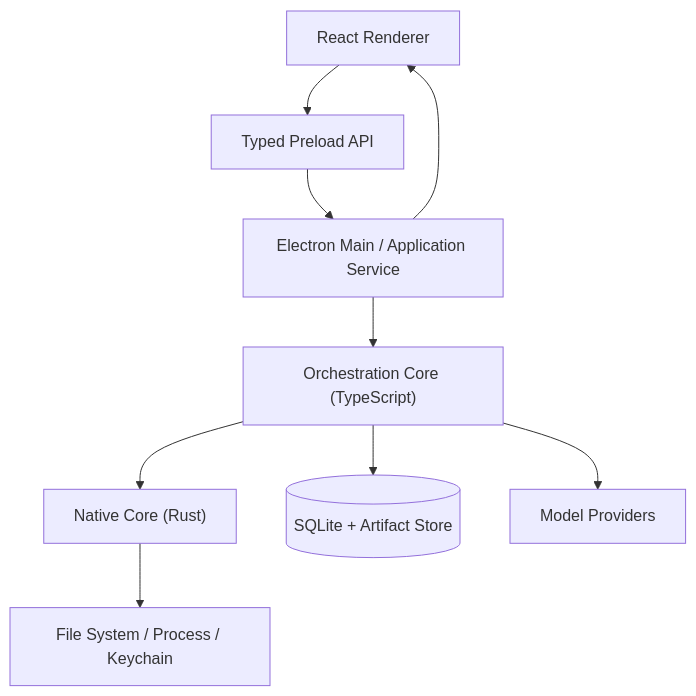
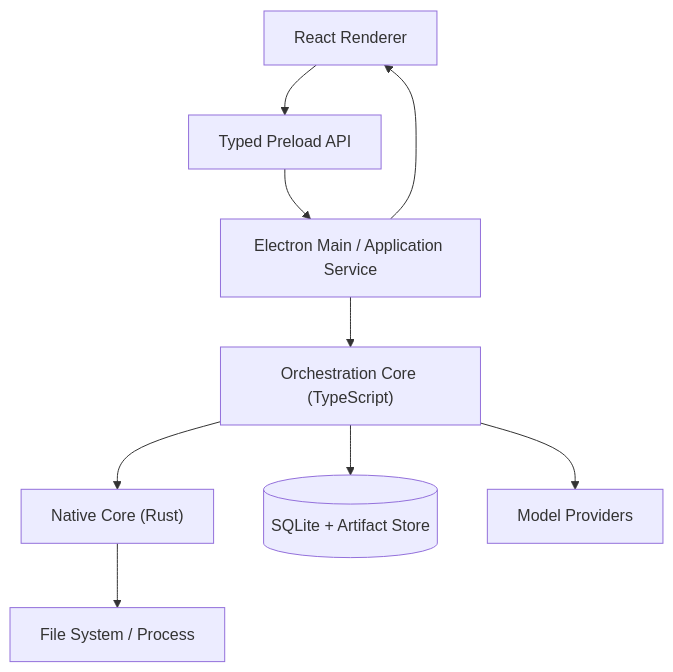
The first of 3 diagrams in docs/02-architecture/Technical-Design.md (banyueban/ai-corporation), drawn with Mermaid before and after one commit. The commit also changed other lines of this file and 15 other files, not shown here.

````diff
--- a/docs/02-architecture/Technical-Design.md
+++ b/docs/02-architecture/Technical-Design.md
@@ -69,20 +69,20 @@
 ```mermaid
 flowchart TB
     UI["React Renderer"]
     PRELOAD["Typed Preload API"]
     MAIN["Electron Main / Application Service"]
     ORCH["Orchestration Core (TypeScript)"]
     RUST["Native Core (Rust)"]
     DB[("SQLite + Artifact Store")]
     PROVIDERS["Model Providers"]
-    OS["File System / Process / Keychain"]
+    OS["File System / Process"]
 
     UI --> PRELOAD
     PRELOAD --> MAIN
     MAIN --> ORCH
     ORCH --> DB
     ORCH --> PROVIDERS
     ORCH --> RUST
     RUST --> OS
     MAIN --> UI
 ```
````
